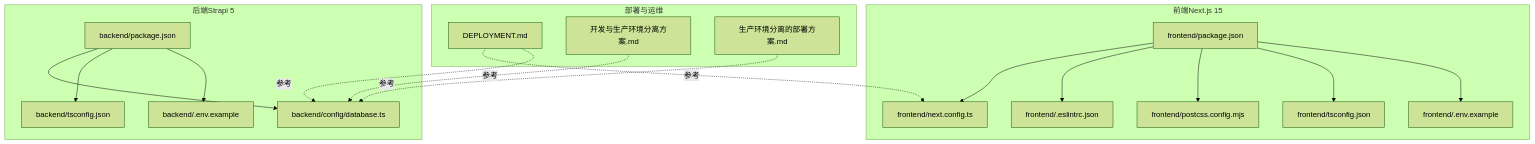
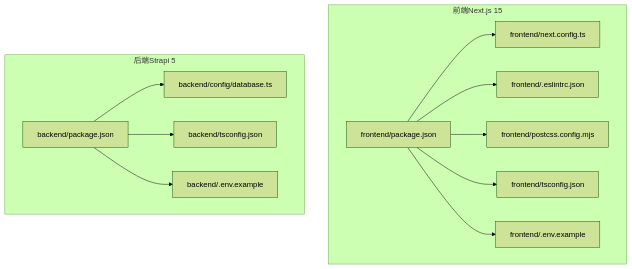
One commit to Will0253/zczk changed the first of 6 diagrams in .qoder/repowiki/zh/content/开发工具和配置.md. Above: the diagram before and after it, drawn with Mermaid (forest theme). The commit also changed other lines of this file and 13 other files, not shown here.

````diff
--- a/.qoder/repowiki/zh/content/开发工具和配置.md
+++ b/.qoder/repowiki/zh/content/开发工具和配置.md
@@ -48,34 +52,25 @@
 ```mermaid
 graph TB
 subgraph "前端Next.js 15"
 FE_PKG["frontend/package.json"]
 FE_TS["frontend/tsconfig.json"]
 FE_ESL["frontend/.eslintrc.json"]
 FE_NEXT["frontend/next.config.ts"]
 FE_POST["frontend/postcss.config.mjs"]
 FE_ENV["frontend/.env.example"]
 end
 subgraph "后端Strapi 5"
 BE_PKG["backend/package.json"]
 BE_TS["backend/tsconfig.json"]
 BE_DB["backend/config/database.ts"]
 BE_ENV["backend/.env.example"]
 end
-subgraph "部署与运维"
-DOC_DEPLOY["DEPLOYMENT.md"]
-DOC_DEV_PROD["开发与生产环境分离方案.md"]
-DOC_PROD_DEPLOY["生产环境分离的部署方案.md"]
-end
 FE_PKG --> FE_NEXT
 FE_PKG --> FE_ESL
 FE_PKG --> FE_POST
 FE_PKG --> FE_TS
 FE_PKG --> FE_ENV
 BE_PKG --> BE_DB
 BE_PKG --> BE_TS
 BE_PKG --> BE_ENV
-DOC_DEPLOY -.参考.-> FE_NEXT
-DOC_DEPLOY -.参考.-> BE_DB
-DOC_DEV_PROD -.参考.-> BE_DB
-DOC_PROD_DEPLOY -.参考.-> BE_DB
 ```
````
